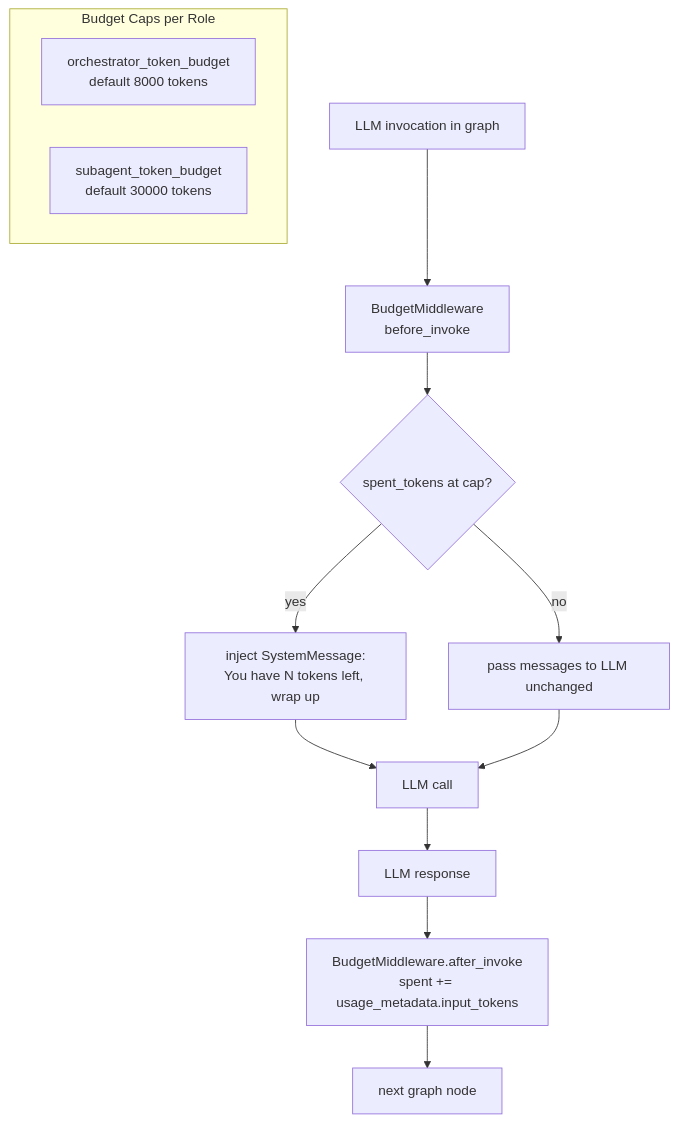
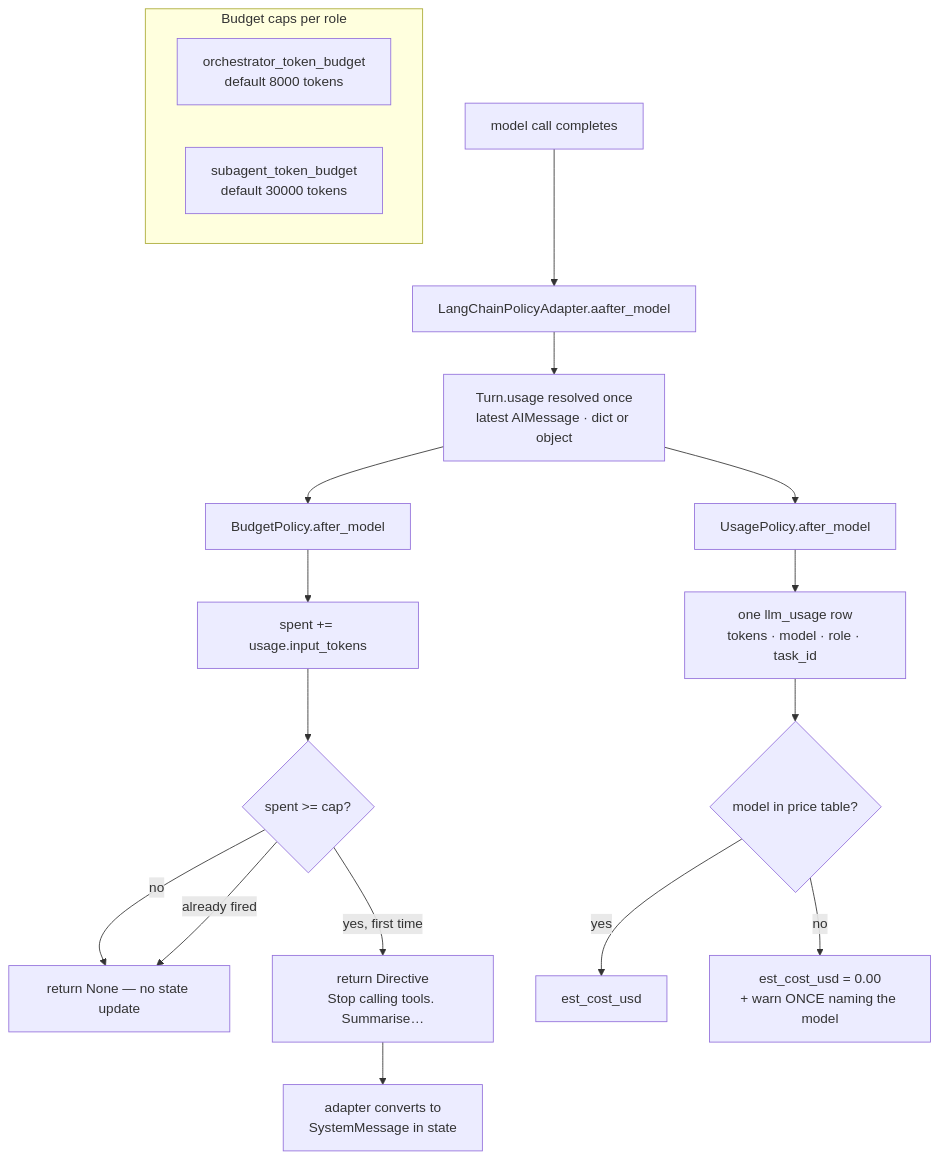
Diagram 13 of 16 in DAEMON_ARCHITECTURE.md (Abhinav210310453045/YUYUTSAVA-backend), drawn with Mermaid before and after one commit. The commit also changed other lines of this file and 233 other files, not shown here.

````diff
--- a/DAEMON_ARCHITECTURE.md
+++ b/DAEMON_ARCHITECTURE.md
@@ -463,18 +551,23 @@
 ```mermaid
 flowchart TD
-    MSG[LLM invocation in graph] --> BM[BudgetMiddleware\nbefore_invoke]
-    BM --> CHECK{spent_tokens at cap?}
-    CHECK -->|no| PASS[pass messages to LLM unchanged]
-    CHECK -->|yes| INJECT[inject SystemMessage:\nYou have N tokens left, wrap up]
-    INJECT --> LLM[LLM call]
-    PASS --> LLM
+    MSG[model call completes] --> AD[LangChainPolicyAdapter.aafter_model]
+    AD --> RESOLVE[Turn.usage resolved once\nlatest AIMessage · dict or object]
+    RESOLVE --> BP[BudgetPolicy.after_model]
+    BP --> ACC[spent += usage.input_tokens]
+    ACC --> CHECK{spent >= cap?}
+    CHECK -->|no| NONE[return None — no state update]
+    CHECK -->|already fired| NONE
+    CHECK -->|yes, first time| DIR[return Directive\nStop calling tools. Summarise…]
+    DIR --> INJECT[adapter converts to\nSystemMessage in state]
 
-    LLM --> RESPONSE[LLM response]
-    RESPONSE --> TRACK[BudgetMiddleware.after_invoke\nspent += usage_metadata.input_tokens]
-    TRACK --> NEXT[next graph node]
+    RESOLVE --> UP[UsagePolicy.after_model]
+    UP --> ROW[one llm_usage row\ntokens · model · role · task_id]
+    ROW --> COST{model in price table?}
+    COST -->|yes| EST[est_cost_usd]
+    COST -->|no| WARN[est_cost_usd = 0.00\n+ warn ONCE naming the model]
 
-    subgraph Budgets["Budget Caps per Role"]
+    subgraph Budgets["Budget caps per role"]
         B1[orchestrator_token_budget\ndefault 8000 tokens]
         B2[subagent_token_budget\ndefault 30000 tokens]
     end
 ```
````
